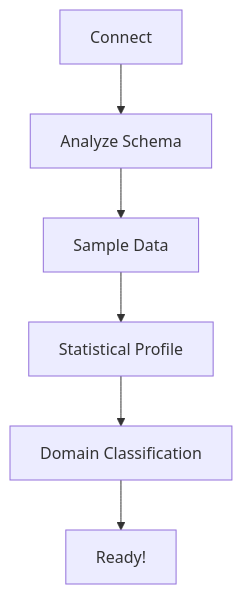
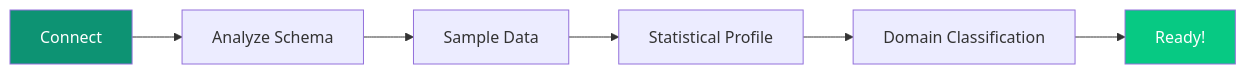
One commit to ashishsuperatom/tech-docs changed the diagram in introduction/quickstart.mdx. Above: the diagram before and after it, drawn with Mermaid. The commit also changed other lines of this file and 80 other files, not shown here.

````diff
--- a/introduction/quickstart.mdx
+++ b/introduction/quickstart.mdx
@@ -75,9 +85,11 @@
 ```mermaid
-flowchart TD
+flowchart LR
     CONNECT["Connect"] --> SCHEMA["Analyze Schema"]
     SCHEMA --> SAMPLE["Sample Data"]
     SAMPLE --> PROFILE["Statistical Profile"]
     PROFILE --> DOMAIN["Domain Classification"]
     DOMAIN --> READY["Ready!"]
 
+    style CONNECT fill:#0D9373,color:#fff
+    style READY fill:#07C983,color:#fff
 ```
````
